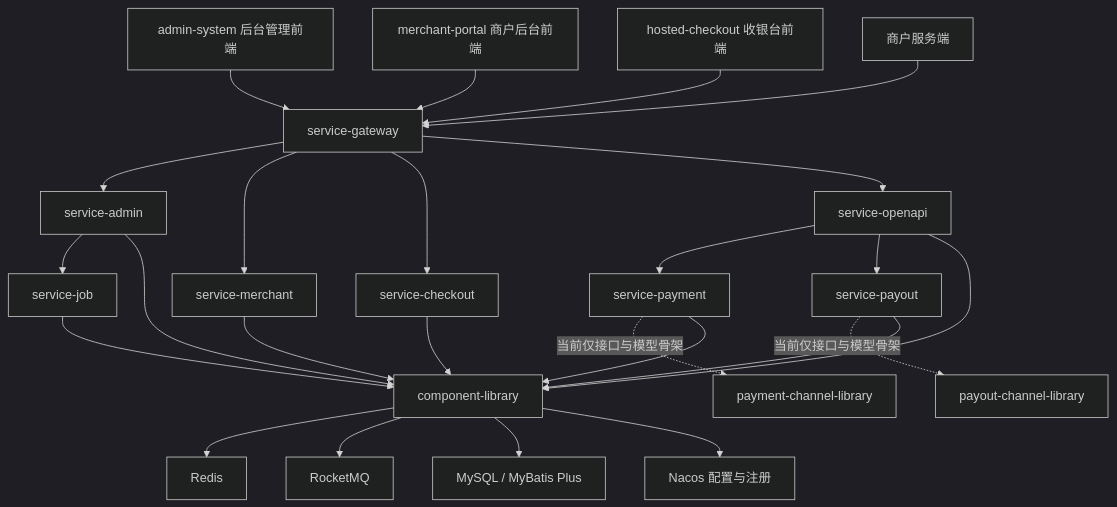
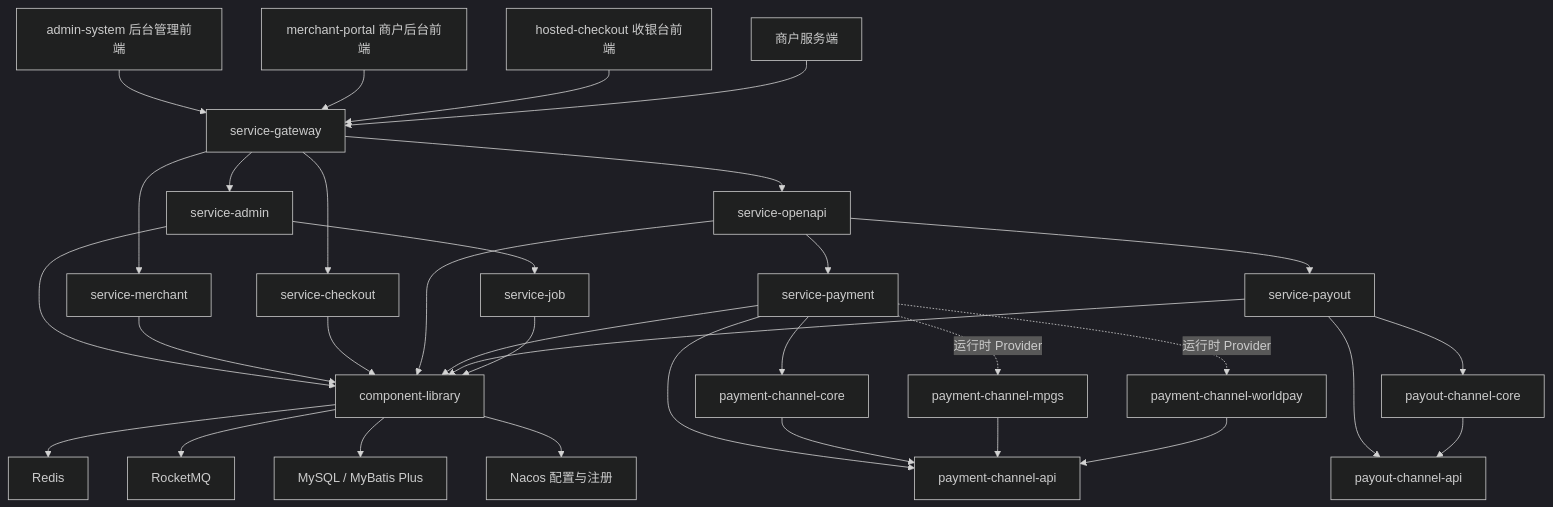
One commit to wikerx/acquiring-orchestration changed the first of 4 diagrams in docs/architecture/system-architecture.md. Above: the diagram before and after it, drawn with Mermaid (dark theme). The commit also changed 290 other files, not shown here.

````diff
--- a/docs/architecture/system-architecture.md
+++ b/docs/architecture/system-architecture.md
@@ -46,32 +46,41 @@
 ```mermaid
 flowchart TD
     AdminWeb["admin-system 后台管理前端"] --> Gateway["service-gateway"]
     MerchantWeb["merchant-portal 商户后台前端"] --> Gateway
     CheckoutWeb["hosted-checkout 收银台前端"] --> Gateway
     MerchantServer["商户服务端"] --> Gateway
 
     Gateway --> Admin["service-admin"]
     Gateway --> Merchant["service-merchant"]
     Gateway --> Checkout["service-checkout"]
     Gateway --> OpenApi["service-openapi"]
 
     OpenApi --> Payment["service-payment"]
     OpenApi --> Payout["service-payout"]
     Admin --> Job["service-job"]
 
-    Payment -. 当前仅接口与模型骨架 .-> PaymentChannel["payment-channel-library"]
-    Payout -. 当前仅接口与模型骨架 .-> PayoutChannel["payout-channel-library"]
+    Payment --> PaymentApi["payment-channel-api"]
+    Payment --> PaymentCore["payment-channel-core"]
+    Payment -. 运行时 Provider .-> Mpgs["payment-channel-mpgs"]
+    Payment -. 运行时 Provider .-> Worldpay["payment-channel-worldpay"]
+    PaymentCore --> PaymentApi
+    Mpgs --> PaymentApi
+    Worldpay --> PaymentApi
+
+    Payout --> PayoutApi["payout-channel-api"]
+    Payout --> PayoutCore["payout-channel-core"]
+    PayoutCore --> PayoutApi
 
     Admin --> Component["component-library"]
     Merchant --> Component
     Checkout --> Component
     OpenApi --> Component
     Payment --> Component
     Payout --> Component
     Job --> Component
 
     Component --> Redis["Redis"]
     Component --> MQ["RocketMQ"]
     Component --> DB["MySQL / MyBatis Plus"]
     Component --> Nacos["Nacos 配置与注册"]
 ```
````
